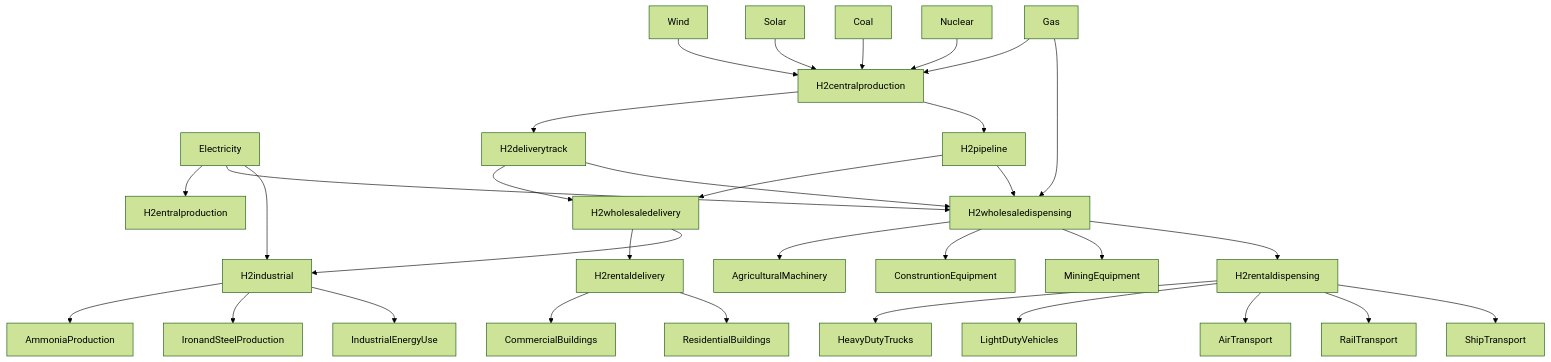
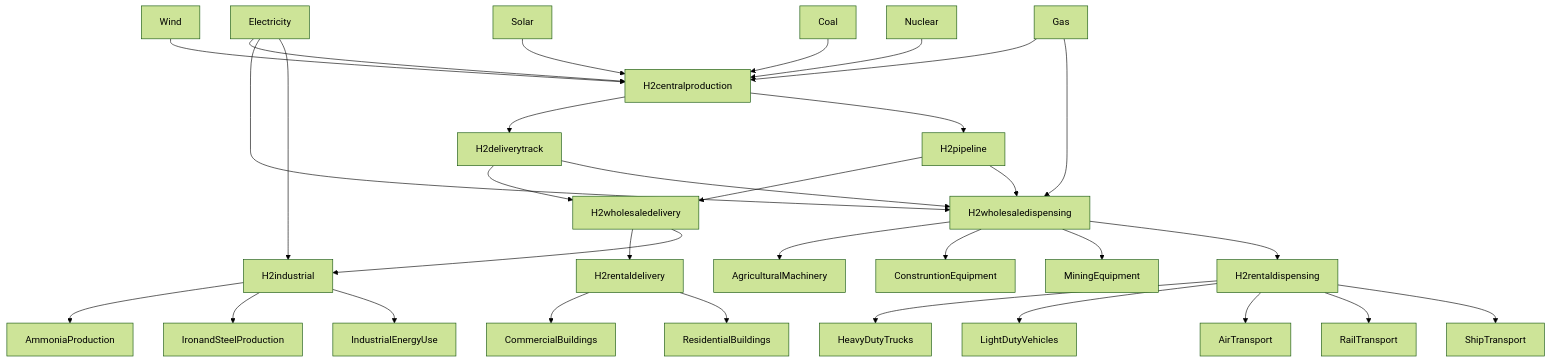
The diagram in gcam_transportation.qmd (coreanjs/gcam-kaist.github.io), drawn with Mermaid (forest theme) before and after one commit. The commit also changed other lines of this file and 6 other files, not shown here.

````diff
--- a/gcam_transportation.qmd
+++ b/gcam_transportation.qmd
@@ -151,34 +154,34 @@
 ```{mermaid}
 flowchart TD
-  Electricity --> H2entralproduction
+  Electricity --> H2centralproduction
   Electricity --> H2wholesaledispensing
   Electricity --> H2industrial
   Wind --> H2centralproduction
   Solar --> H2centralproduction
   Coal --> H2centralproduction
   Nuclear --> H2centralproduction
   Gas --> H2centralproduction
   Gas --> H2wholesaledispensing
   H2centralproduction --> H2deliverytrack
   H2centralproduction --> H2pipeline
   H2deliverytrack --> H2wholesaledelivery
   H2deliverytrack --> H2wholesaledispensing
   H2pipeline --> H2wholesaledelivery 
   H2pipeline --> H2wholesaledispensing
   H2wholesaledelivery --> H2rentaldelivery
   H2wholesaledelivery --> H2industrial
   H2rentaldelivery --> CommercialBuildings
   H2rentaldelivery --> ResidentialBuildings
   H2industrial --> AmmoniaProduction
   H2industrial --> IronandSteelProduction
   H2industrial --> IndustrialEnergyUse
   H2wholesaledispensing --> AgriculturalMachinery
   H2wholesaledispensing --> ConstruntionEquipment
   H2wholesaledispensing --> MiningEquipment
   H2wholesaledispensing --> H2rentaldispensing
   H2rentaldispensing --> HeavyDutyTrucks
   H2rentaldispensing --> LightDutyVehicles
   H2rentaldispensing --> AirTransport
   H2rentaldispensing --> RailTransport
   H2rentaldispensing --> ShipTransport
 ```
````
